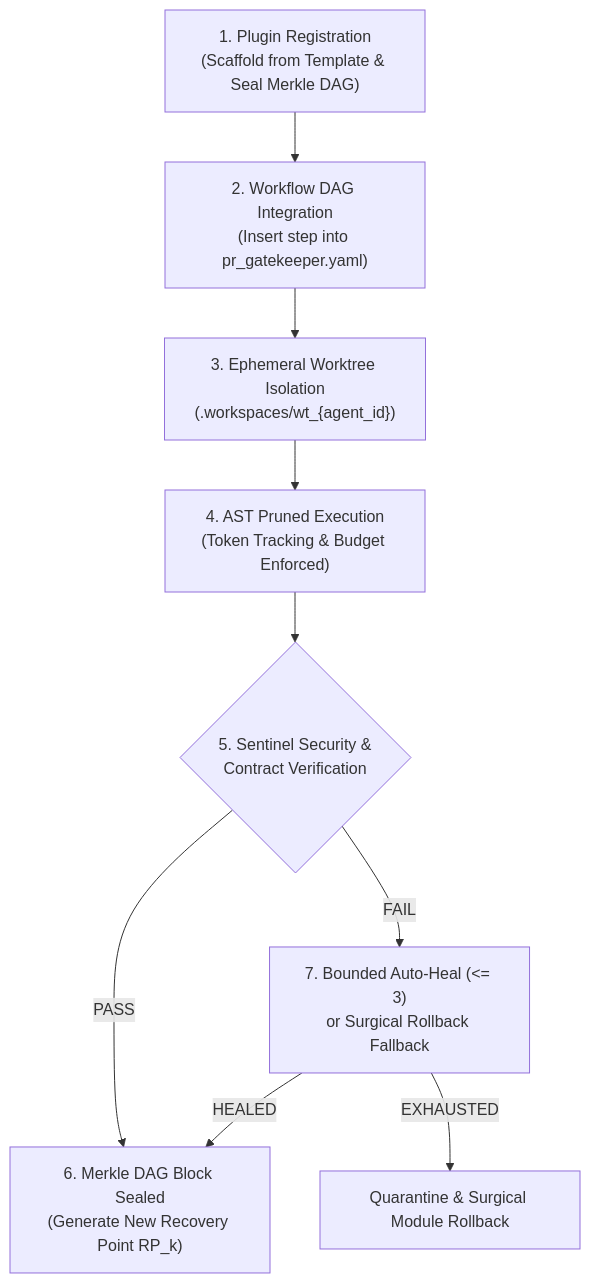
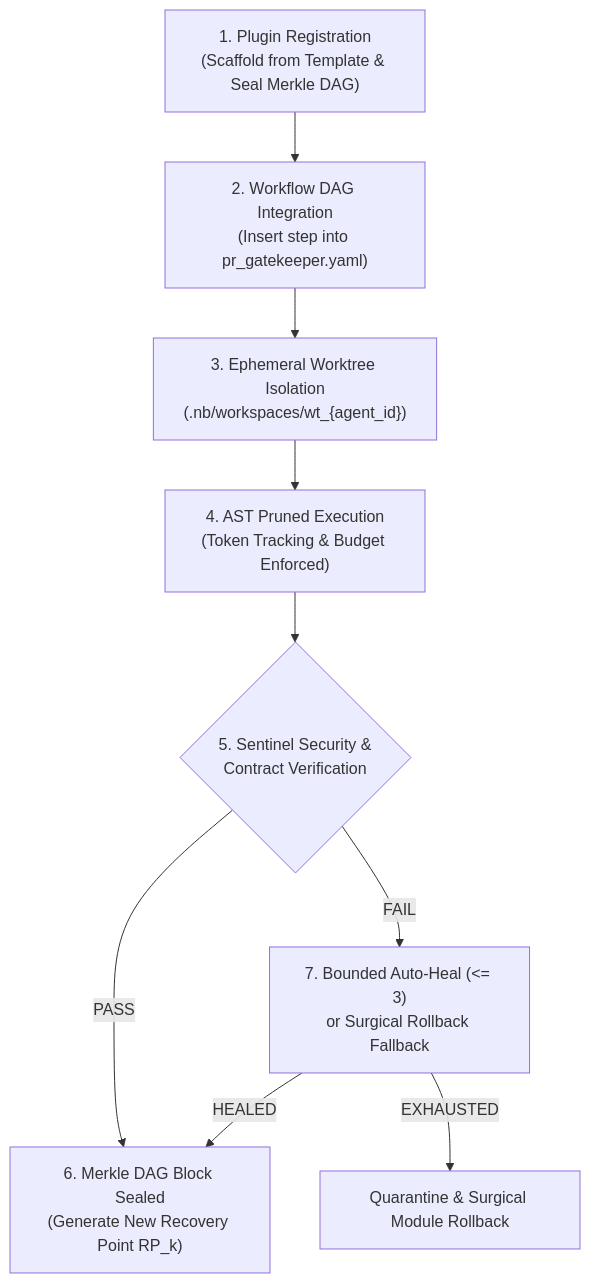
One commit to lakhwindersingh/nb_fairyfly changed the diagram in workplace/docs/guides/AGENT_PLUGIN_GUIDE.md. Above: the diagram before and after it, drawn with Mermaid. The commit also changed other lines of this file and 59 other files, not shown here.

````diff
--- a/workplace/docs/guides/AGENT_PLUGIN_GUIDE.md
+++ b/workplace/docs/guides/AGENT_PLUGIN_GUIDE.md
@@ -20,16 +20,16 @@
 ```mermaid
 flowchart TD
   Register["1. Plugin Registration<br/>(Scaffold from Template & Seal Merkle DAG)"]
   Integrate["2. Workflow DAG Integration<br/>(Insert step into pr_gatekeeper.yaml)"]
-  AcquireWT["3. Ephemeral Worktree Isolation<br/>(.workspaces/wt_{agent_id})"]
+  AcquireWT["3. Ephemeral Worktree Isolation<br/>(.nb/workspaces/wt_{agent_id})"]
   ASTExec["4. AST Pruned Execution<br/>(Token Tracking & Budget Enforced)"]
   SentCheck{"5. Sentinel Security &<br/>Contract Verification"}
   SealMerkle["6. Merkle DAG Block Sealed<br/>(Generate New Recovery Point RP_k)"]
   SurgicalRoll["7. Bounded Auto-Heal (<= 3)<br/>or Surgical Rollback Fallback"]
 
   Register --> Integrate --> AcquireWT --> ASTExec --> SentCheck
   SentCheck -- PASS --> SealMerkle
   SentCheck -- FAIL --> SurgicalRoll
   SurgicalRoll -- HEALED --> SealMerkle
   SurgicalRoll -- EXHAUSTED --> Isolate["Quarantine & Surgical Module Rollback"]
 ```
````
